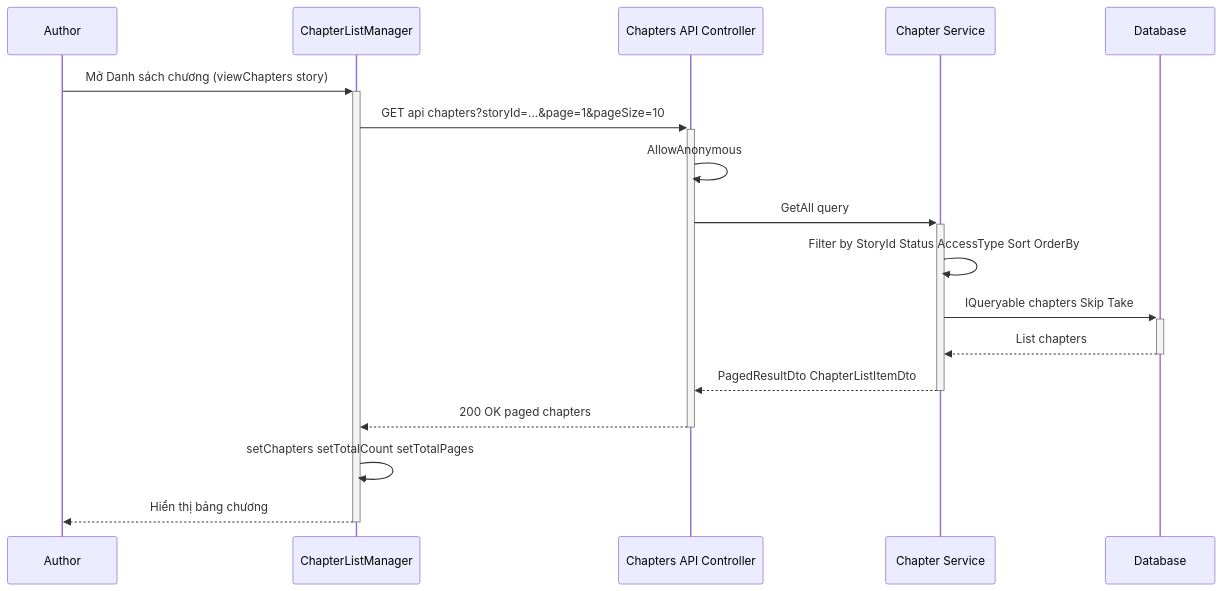
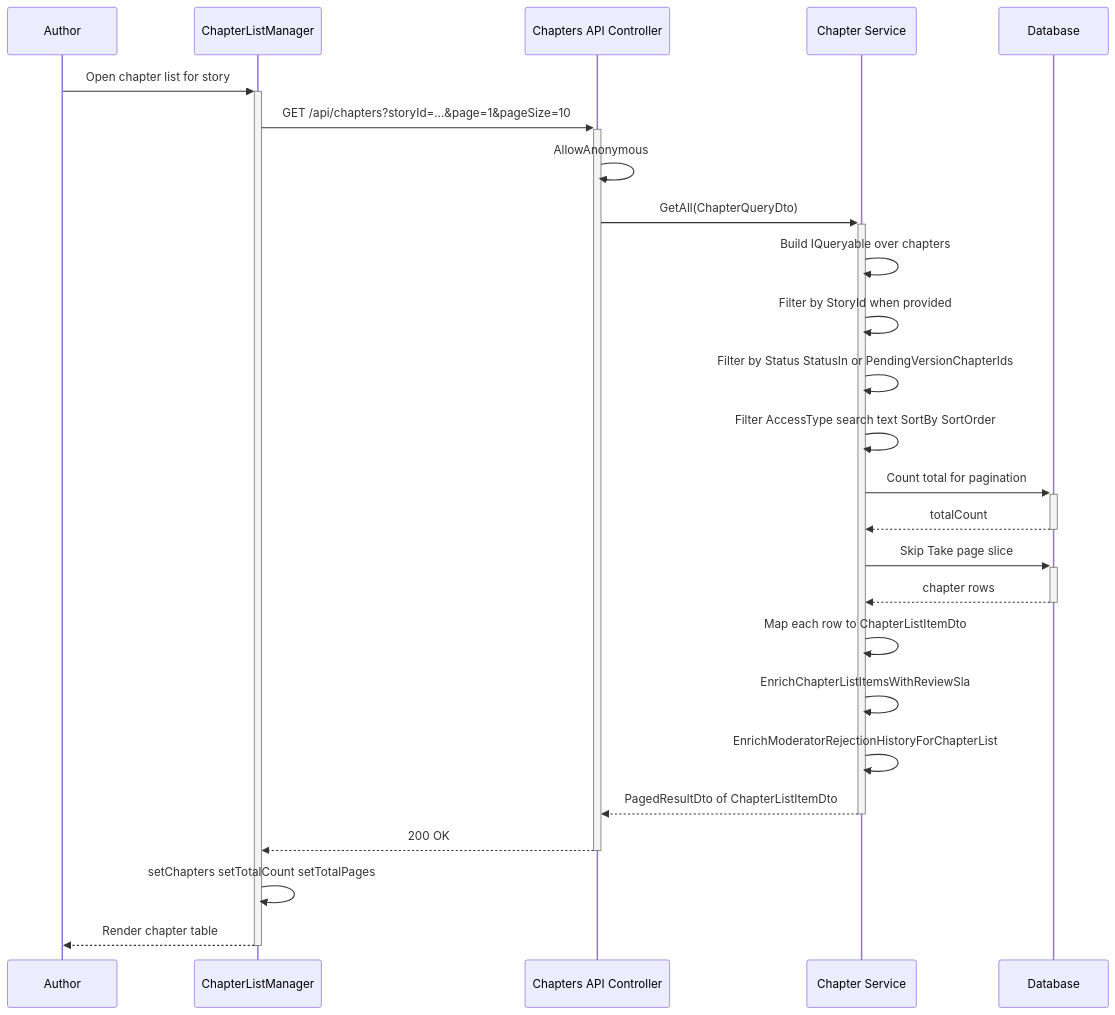
One commit to HoangHHHE176425/SEP490-G59-AICommunityStoryWriting changed the first of 8 diagrams in frontend/sep490-g59-aicommunitystorywriting/docs/sequence-diagram-chapter-management.md. Above: the diagram before and after it, drawn with Mermaid. The commit also changed other lines of this file, not shown here.

````diff
--- a/frontend/sep490-g59-aicommunitystorywriting/docs/sequence-diagram-chapter-management.md
+++ b/frontend/sep490-g59-aicommunitystorywriting/docs/sequence-diagram-chapter-management.md
@@ -22,20 +65,28 @@
 ```mermaid
 sequenceDiagram
     participant Author
     participant FE as ChapterListManager
     participant API as Chapters API Controller
     participant Svc as Chapter Service
     participant DB as Database
 
-    Author->>+FE: Mở Danh sách chương (viewChapters story)
-    FE->>+API: GET api chapters?storyId=...&page=1&pageSize=10
+    Author->>+FE: Open chapter list for story
+    FE->>+API: GET /api/chapters?storyId=...&page=1&pageSize=10
     API->>API: AllowAnonymous
-    API->>+Svc: GetAll query
-    Svc->>Svc: Filter by StoryId Status AccessType Sort OrderBy
-    Svc->>+DB: IQueryable chapters Skip Take
-    DB-->>-Svc: List chapters
-    Svc-->>-API: PagedResultDto ChapterListItemDto
-    API-->>-FE: 200 OK paged chapters
+    API->>+Svc: GetAll(ChapterQueryDto)
+    Svc->>Svc: Build IQueryable over chapters
+    Svc->>Svc: Filter by StoryId when provided
+    Svc->>Svc: Filter by Status StatusIn or PendingVersionChapterIds
+    Svc->>Svc: Filter AccessType search text SortBy SortOrder
+    Svc->>+DB: Count total for pagination
+    DB-->>-Svc: totalCount
+    Svc->>+DB: Skip Take page slice
+    DB-->>-Svc: chapter rows
+    Svc->>Svc: Map each row to ChapterListItemDto
+    Svc->>Svc: EnrichChapterListItemsWithReviewSla
+    Svc->>Svc: EnrichModeratorRejectionHistoryForChapterList
+    Svc-->>-API: PagedResultDto of ChapterListItemDto
+    API-->>-FE: 200 OK
     FE->>FE: setChapters setTotalCount setTotalPages
-    FE-->>-Author: Hiển thị bảng chương
+    FE-->>-Author: Render chapter table
 ```
````
